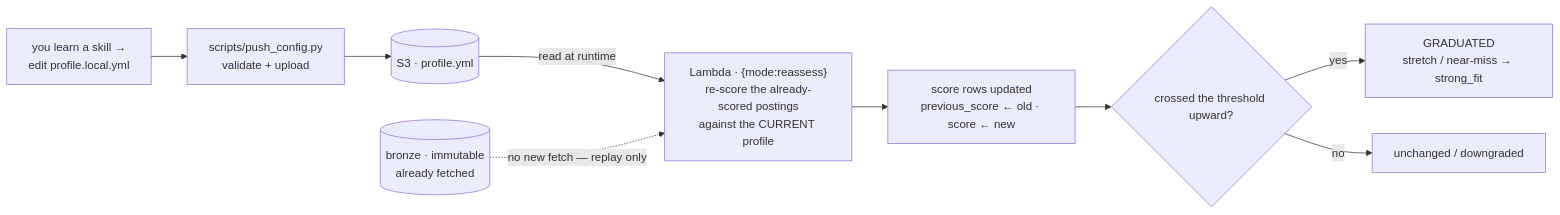
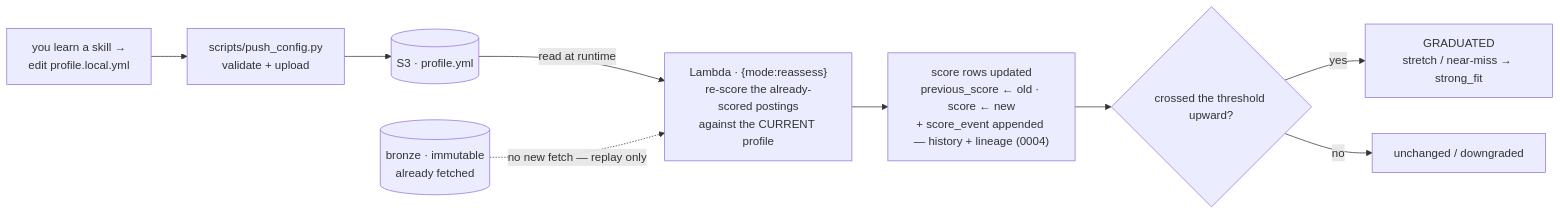
One commit to tarigelamin1997/jobfetcher changed the sixth of 8 diagrams in docs/diagrams.md. Above: the diagram before and after it, drawn with Mermaid. The commit also changed other lines of this file and 34 other files, not shown here.

First line of the commit message:
feat(persistence): append-only score_event lineage + reassess age bound (Squad Run 1) (#24)

````diff
--- a/docs/diagrams.md
+++ b/docs/diagrams.md
@@ -201,11 +201,11 @@
 ```mermaid
 flowchart LR
   P["you learn a skill →<br/>edit profile.local.yml"] --> PC["scripts/push_config.py<br/>validate + upload"]
   PC --> S3[("S3 · profile.yml")]
   S3 -->|read at runtime| RE["Lambda · {mode:reassess}<br/>re-score the already-scored postings<br/>against the CURRENT profile"]
   BR[("bronze · immutable<br/>already fetched")] -.->|"no new fetch — replay only"| RE
-  RE --> SS["score rows updated<br/>previous_score ← old · score ← new"]
+  RE --> SS["score rows updated<br/>previous_score ← old · score ← new<br/>+ score_event appended — history + lineage (0004)"]
   SS --> G{"crossed the threshold upward?"}
   G -->|yes| GR["GRADUATED<br/>stretch / near-miss → strong_fit"]
   G -->|no| UN["unchanged / downgraded"]
 ```
````
